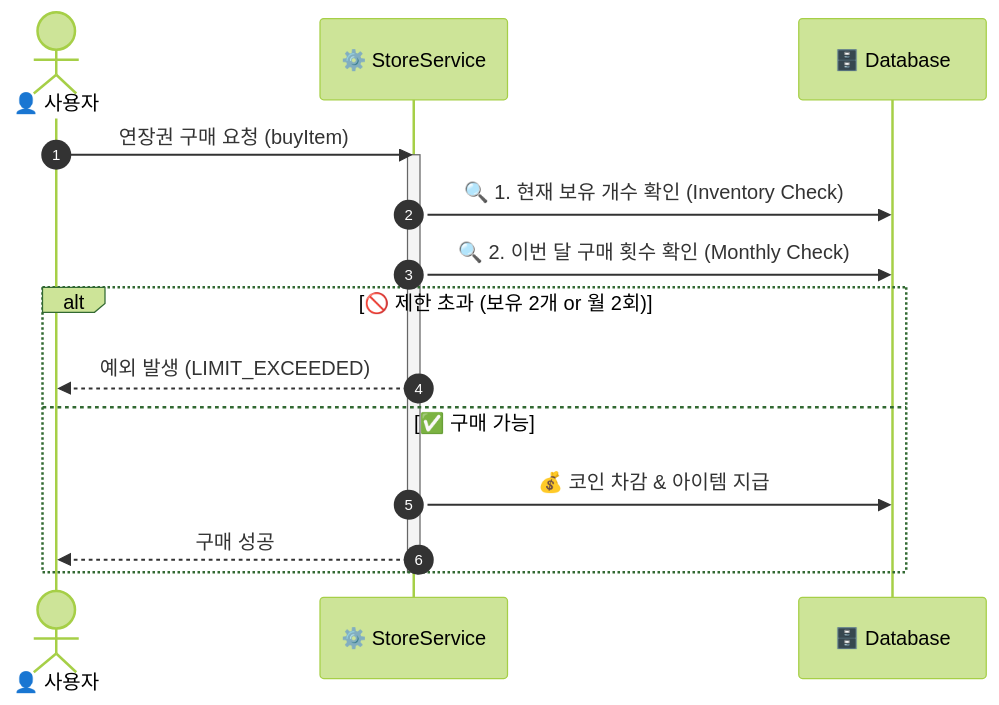
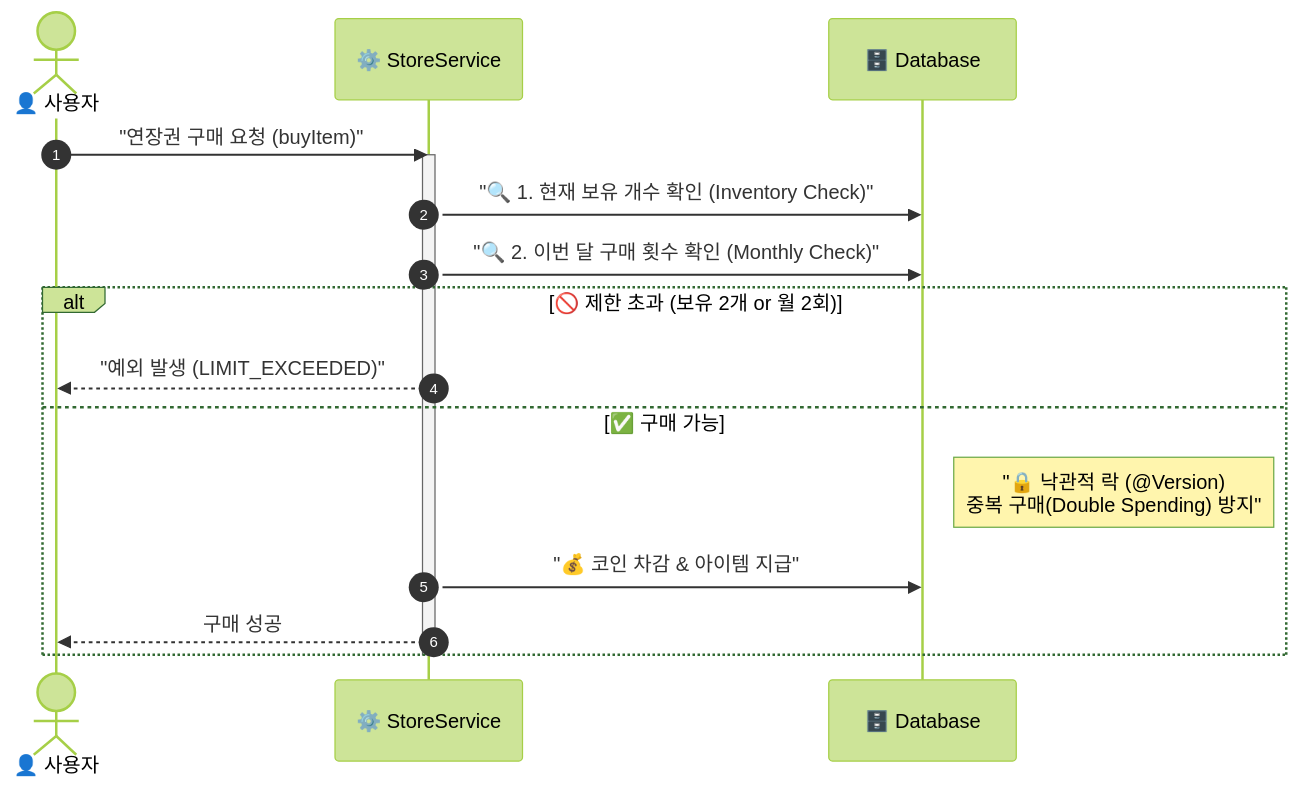
Before and after one commit to farmer0010/ft_transcendence: the sixth of 7 diagrams in backend/README.md, drawn with Mermaid (forest theme). The commit also changed other lines of this file, not shown here.

````diff
--- a/backend/README.md
+++ b/backend/README.md
@@ -430,21 +435,22 @@
 ```mermaid
 sequenceDiagram
     autonumber
     actor User as 👤 사용자
     participant Service as ⚙️ StoreService
     participant DB as 🗄️ Database
 
-    User->>Service: 연장권 구매 요청 (buyItem)
+    User->>Service: "연장권 구매 요청 (buyItem)"
     activate Service
     
-    Service->>DB: 🔍 1. 현재 보유 개수 확인 (Inventory Check)
-    Service->>DB: 🔍 2. 이번 달 구매 횟수 확인 (Monthly Check)
+    Service->>DB: "🔍 1. 현재 보유 개수 확인 (Inventory Check)"
+    Service->>DB: "🔍 2. 이번 달 구매 횟수 확인 (Monthly Check)"
     
     alt 🚫 제한 초과 (보유 2개 or 월 2회)
-        Service-->>User: 예외 발생 (LIMIT_EXCEEDED)
+        Service-->>User: "예외 발생 (LIMIT_EXCEEDED)"
     else ✅ 구매 가능
-        Service->>DB: 💰 코인 차감 & 아이템 지급
+        Note right of DB: "🔒 낙관적 락 (@Version)<br/>중복 구매(Double Spending) 방지"
+        Service->>DB: "💰 코인 차감 & 아이템 지급"
         Service-->>User: 구매 성공
     end
     deactivate Service
 ```
````
